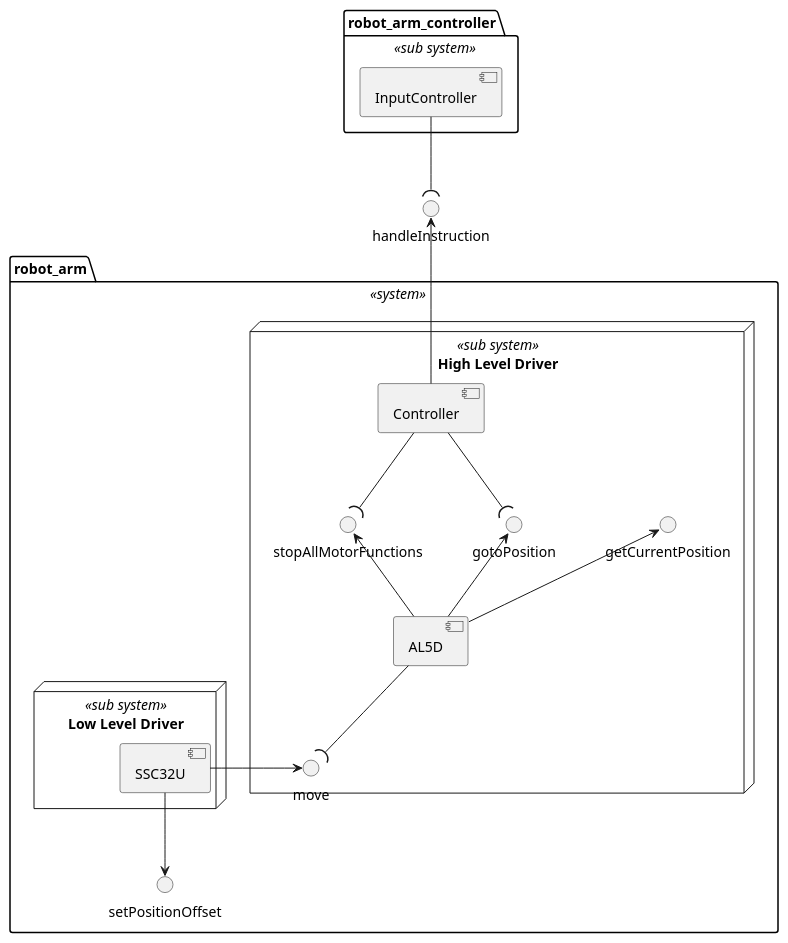
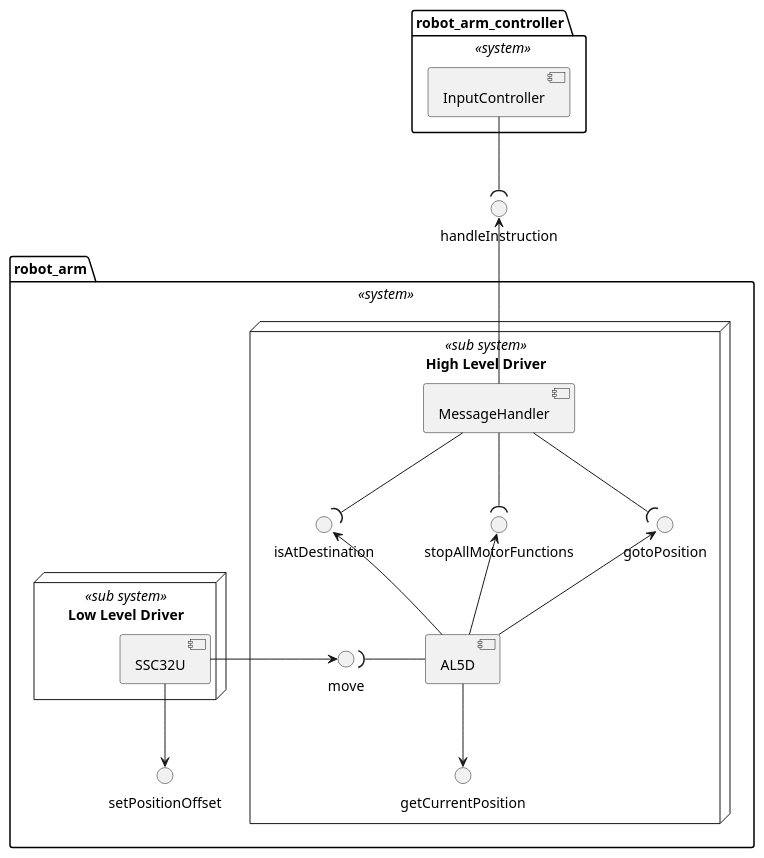
One commit to muisje/robot_arm_aansturing changed the diagram in diagrams/component.plantuml. Above: the diagram before and after it, drawn with PlantUML.

Commit message:
Component diagram update

```diff
--- a/diagrams/component.plantuml
+++ b/diagrams/component.plantuml
@@ -1,30 +1,32 @@
 @startuml Compnent diagram
 
 
 package "robot_arm" <<system>>  {
     node "High Level Driver" <<sub system>> {
-        [Controller] 
+        [MessageHandler] 
 
         [AL5D] -UP-> gotoPosition
-        [AL5D] -UP-> getCurrentPosition
         [AL5D] -UP-> stopAllMotorFunctions
+        [AL5D] -UP-> isAtDestination
+        [AL5D] --> getCurrentPosition
 
-        [AL5D] --( move
+        [AL5D] -LEFT-( move
 
-        [Controller] --( gotoPosition
-        [Controller] --( stopAllMotorFunctions
+        [MessageHandler] --( gotoPosition
+        [MessageHandler] --( stopAllMotorFunctions
+        [MessageHandler] --( isAtDestination
     }
     node "Low Level Driver" <<sub system>> {    
         [SSC32U]
     }
     [SSC32U] -> move 
     [SSC32U] --> setPositionOffset 
 }
 
-[Controller] -UP-> handleInstruction 
+[MessageHandler] -UP-> handleInstruction 
 
-package "robot_arm_controller" <<sub system>>  {
+package "robot_arm_controller" <<system>>  {
 
 [InputController] --( handleInstruction
 
 @enduml
```
